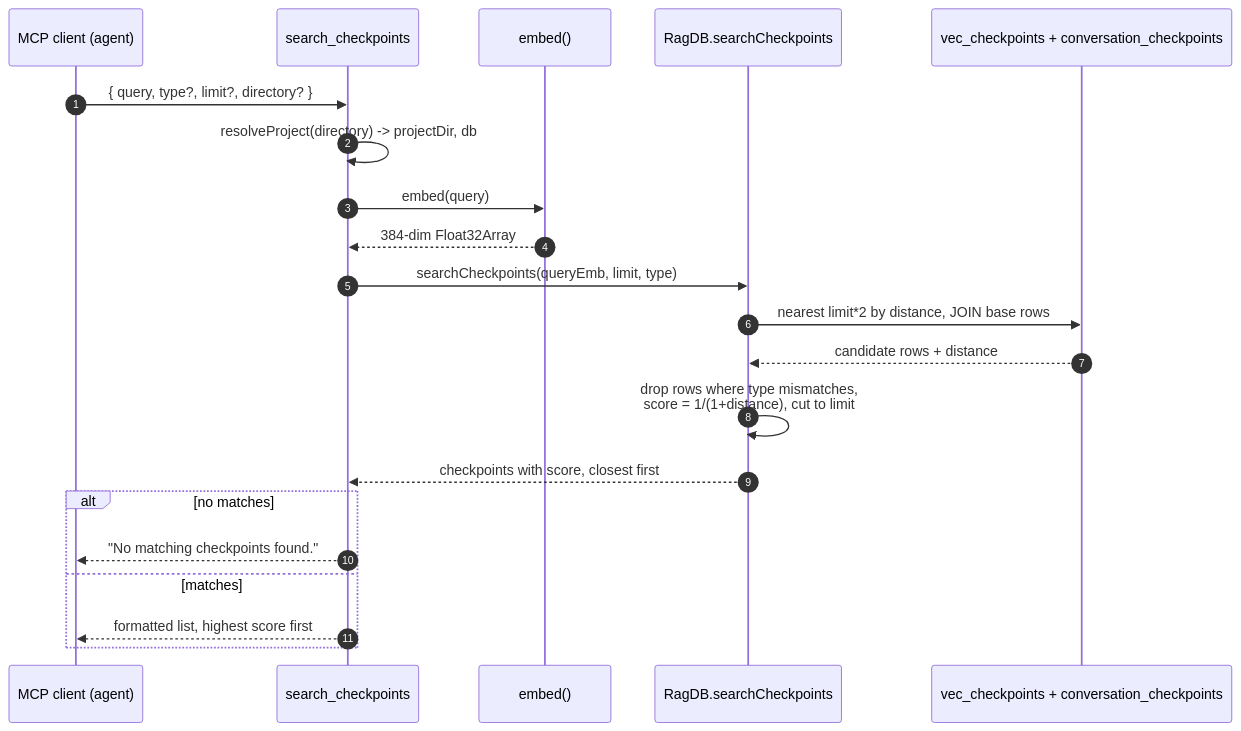
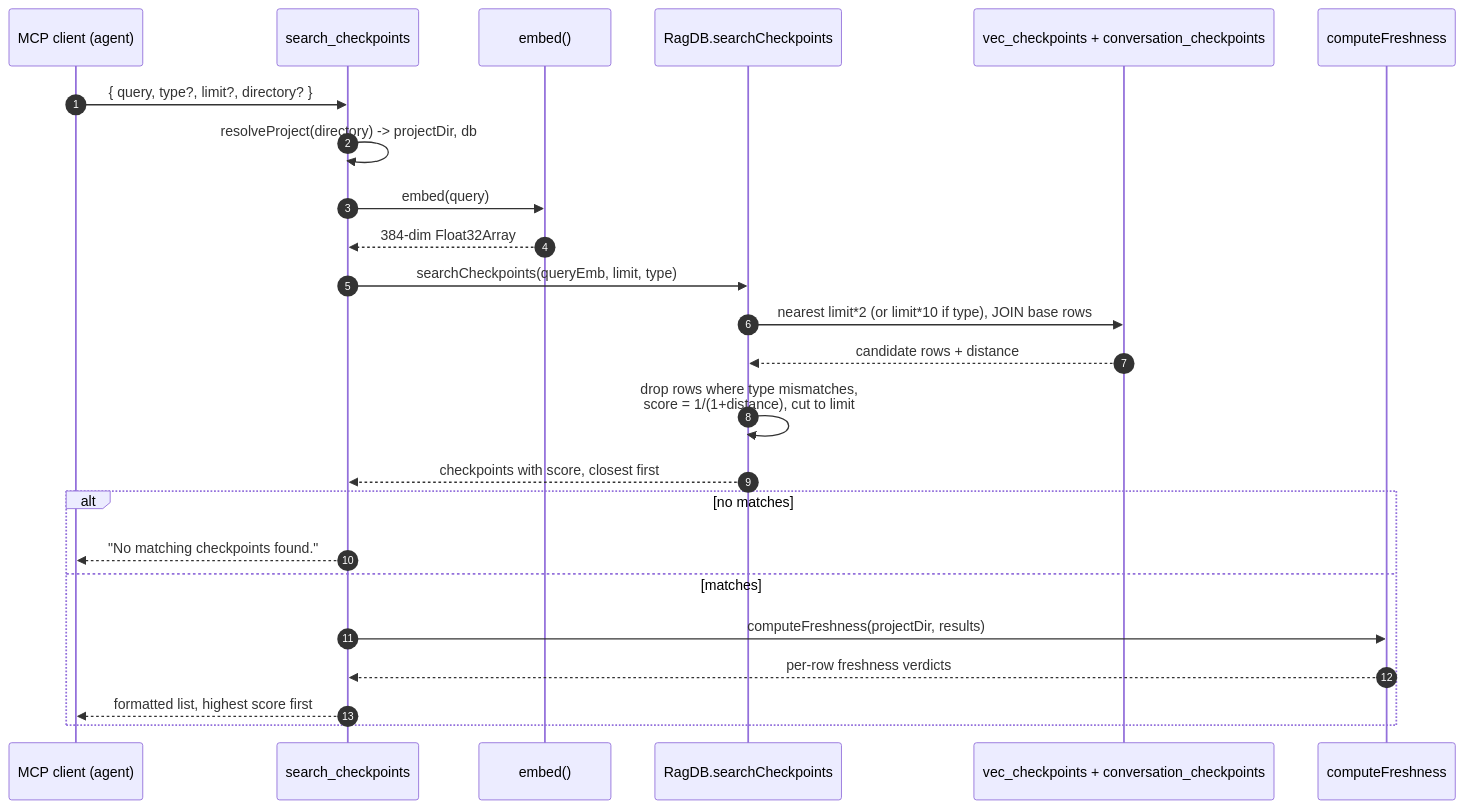
The diagram in wiki/tools/search-checkpoints.md (TheWinci/mimirs), drawn with Mermaid before and after one commit. The commit also changed other lines of this file and 58 other files, not shown here.

````diff
--- a/wiki/tools/search-checkpoints.md
+++ b/wiki/tools/search-checkpoints.md
@@ -15,24 +15,27 @@
 ```mermaid
 sequenceDiagram
     autonumber
     participant Agent as MCP client (agent)
     participant Tool as search_checkpoints
     participant Embed as embed()
     participant DB as RagDB.searchCheckpoints
     participant Vec as vec_checkpoints + conversation_checkpoints
+    participant Fresh as computeFreshness
 
     Agent->>Tool: { query, type?, limit?, directory? }
     Tool->>Tool: resolveProject(directory) -> projectDir, db
     Tool->>Embed: embed(query)
     Embed-->>Tool: 384-dim Float32Array
     Tool->>DB: searchCheckpoints(queryEmb, limit, type)
-    DB->>Vec: nearest limit*2 by distance, JOIN base rows
+    DB->>Vec: nearest limit*2 (or limit*10 if type), JOIN base rows
     Vec-->>DB: candidate rows + distance
     DB->>DB: drop rows where type mismatches,<br>score = 1/(1+distance), cut to limit
     DB-->>Tool: checkpoints with score, closest first
     alt no matches
         Tool-->>Agent: "No matching checkpoints found."
     else matches
+        Tool->>Fresh: computeFreshness(projectDir, results)
+        Fresh-->>Tool: per-row freshness verdicts
         Tool-->>Agent: formatted list, highest score first
     end
 ```
````
